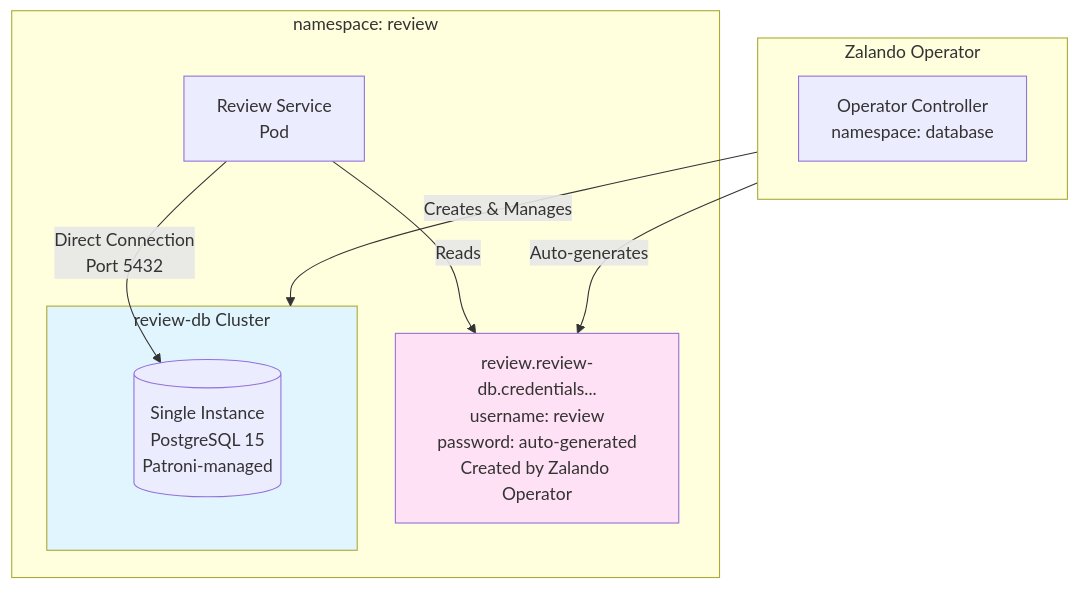
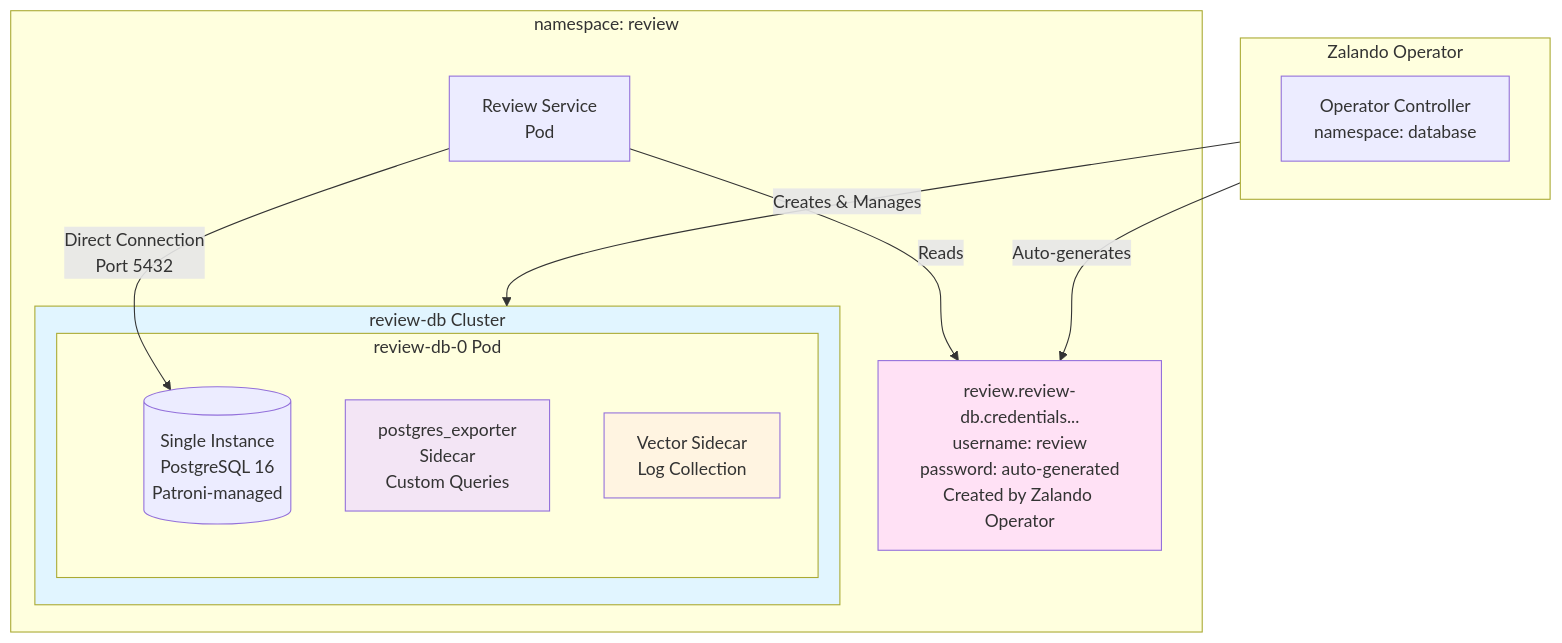
Before and after one commit to duynhlab/homelab: the fourth of 7 diagrams in docs/guides/DATABASE.md, drawn with Mermaid. The commit also changed other lines of this file and 2 other files, not shown here.

````diff
--- a/docs/guides/DATABASE.md
+++ b/docs/guides/DATABASE.md
@@ -715,24 +705,30 @@
 ```mermaid
 flowchart TB
     subgraph ReviewNS["namespace: review"]
         ReviewSvc[Review Service<br/>Pod]
         
         subgraph ReviewDB["review-db Cluster"]
-            Instance[(Single Instance<br/>PostgreSQL 15<br/>Patroni-managed)]
+            subgraph ReviewDBPod["review-db-0 Pod"]
+                Instance[(Single Instance<br/>PostgreSQL 16<br/>Patroni-managed)]
+                Exporter[postgres_exporter<br/>Sidecar<br/>Custom Queries]
+                Vector[Vector Sidecar<br/>Log Collection]
+            end
         end
         
         Secret[review.review-db.credentials...<br/>username: review<br/>password: auto-generated<br/>Created by Zalando Operator]
     end
     
     subgraph ZalandoOp["Zalando Operator"]
         Operator[Operator Controller<br/>namespace: database]
     end
     
     ZalandoOp -->|Creates & Manages| ReviewDB
     ZalandoOp -->|Auto-generates| Secret
     ReviewSvc -->|Reads| Secret
     ReviewSvc -->|Direct Connection<br/>Port 5432| Instance
     
     style ReviewDB fill:#e1f5ff
     style Secret fill:#ffe1f5
+    style Exporter fill:#f3e5f5
+    style Vector fill:#fff4e1
 ```
````
